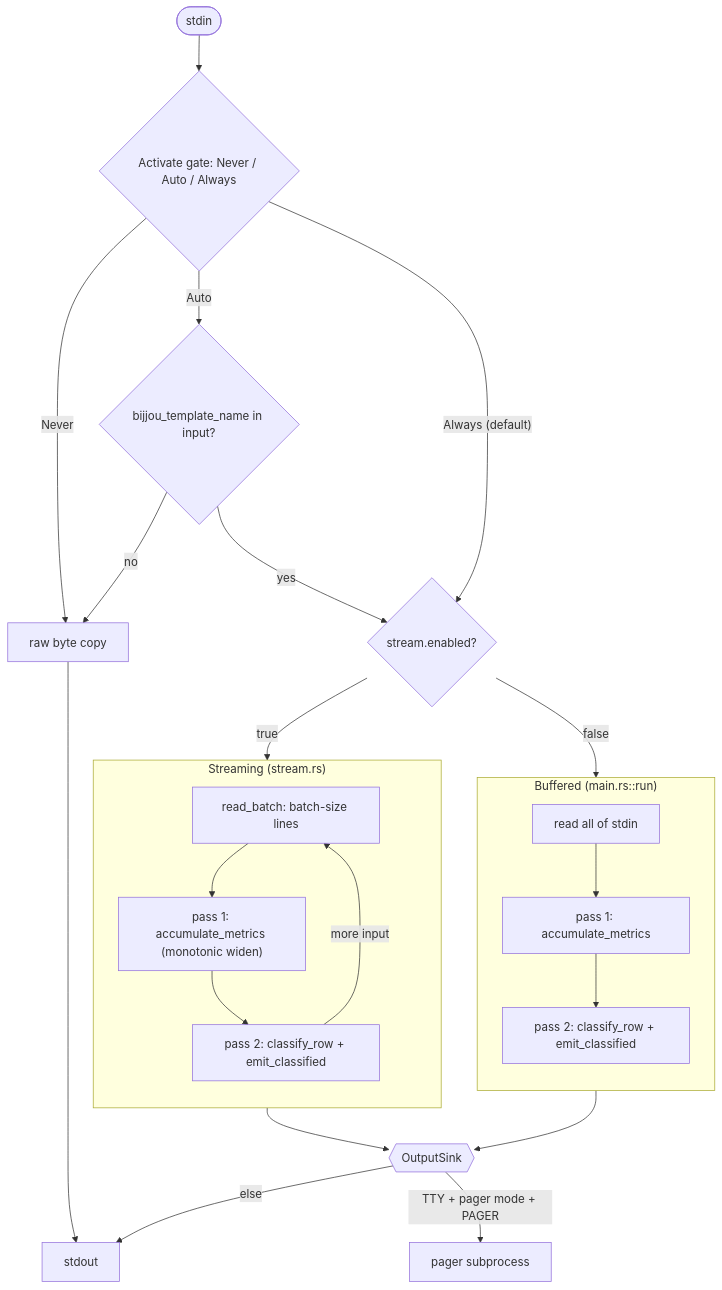
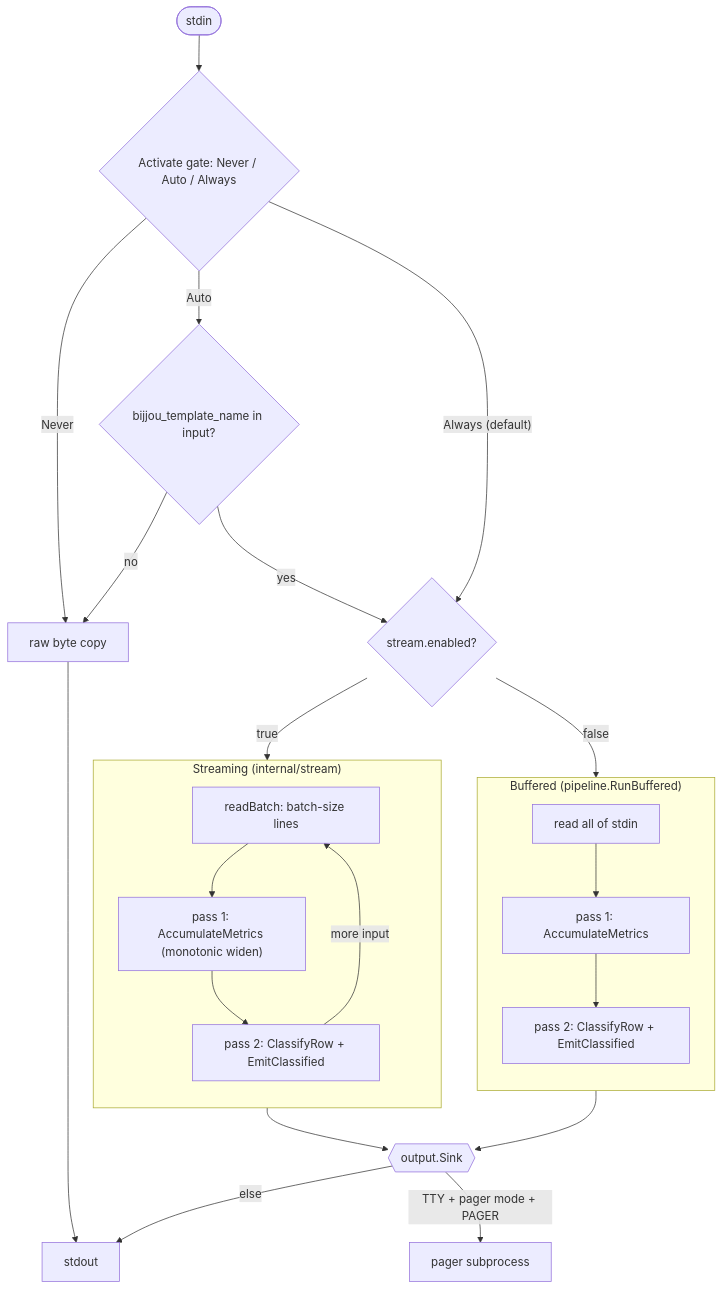
Before and after one commit to jjt/bijjou: the first of 7 diagrams in ARCHITECTURE.md, drawn with Mermaid. The commit also changed other lines of this file and 1 other file, not shown here.

````diff
--- a/ARCHITECTURE.md
+++ b/ARCHITECTURE.md
@@ -23,27 +23,27 @@
 ```mermaid
 flowchart TD
     stdin(["stdin"]) --> gate{"Activate gate: Never / Auto / Always"}
     gate -->|"Never"| raw["raw byte copy"]
     raw --> stdout["stdout"]
     gate -->|"Auto"| scan{"bijjou_template_name in input?"}
     scan -->|"no"| raw
     scan -->|"yes"| paths{"stream.enabled?"}
     gate -->|"Always (default)"| paths
     paths -->|"true"| S
     paths -->|"false"| B
-    subgraph S["Streaming (stream.rs)"]
+    subgraph S["Streaming (internal/stream)"]
       direction TB
-      rb["read_batch: batch-size lines"] --> s1["pass 1: accumulate_metrics (monotonic widen)"]
-      s1 --> s2["pass 2: classify_row + emit_classified"]
+      rb["readBatch: batch-size lines"] --> s1["pass 1: AccumulateMetrics (monotonic widen)"]
+      s1 --> s2["pass 2: ClassifyRow + EmitClassified"]
       s2 -->|"more input"| rb
     end
-    subgraph B["Buffered (main.rs::run)"]
+    subgraph B["Buffered (pipeline.RunBuffered)"]
       direction TB
-      slurp["read all of stdin"] --> b1["pass 1: accumulate_metrics"]
-      b1 --> b2["pass 2: classify_row + emit_classified"]
+      slurp["read all of stdin"] --> b1["pass 1: AccumulateMetrics"]
+      b1 --> b2["pass 2: ClassifyRow + EmitClassified"]
     end
-    S --> sink{{"OutputSink"}}
+    S --> sink{{"output.Sink"}}
     B --> sink
     sink -->|"TTY + pager mode + PAGER"| pager["pager subprocess"]
     sink -->|"else"| stdout
 ```
````
